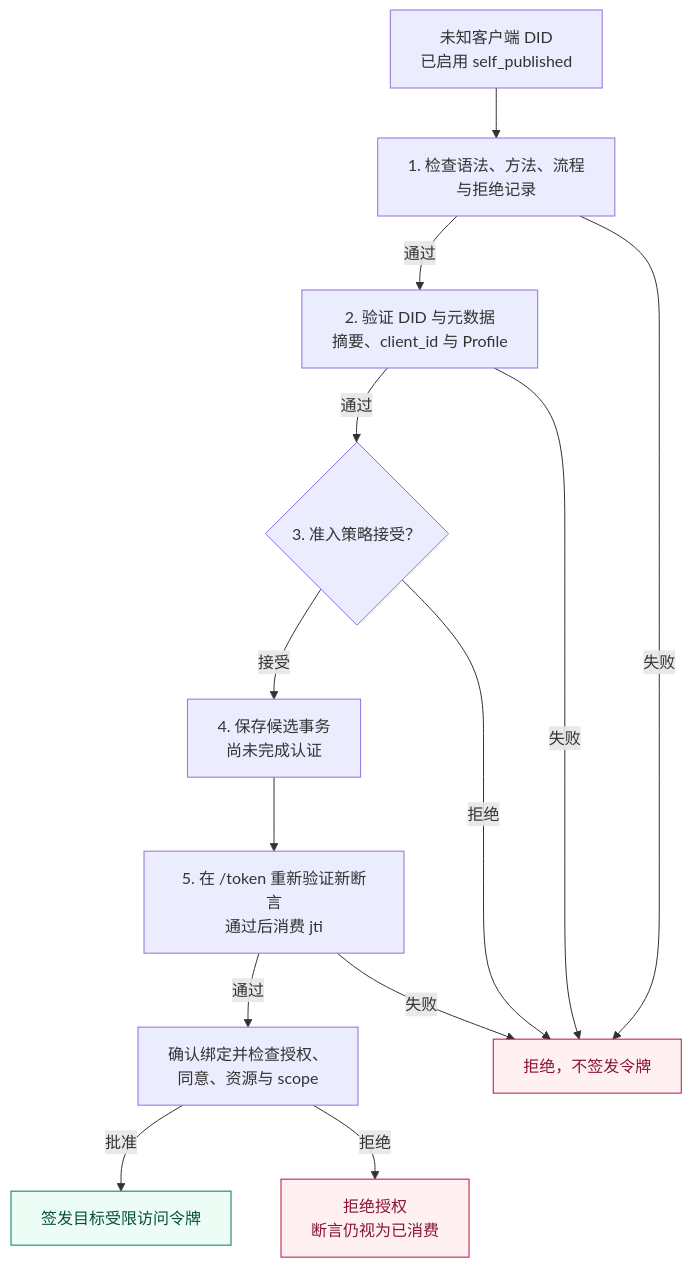
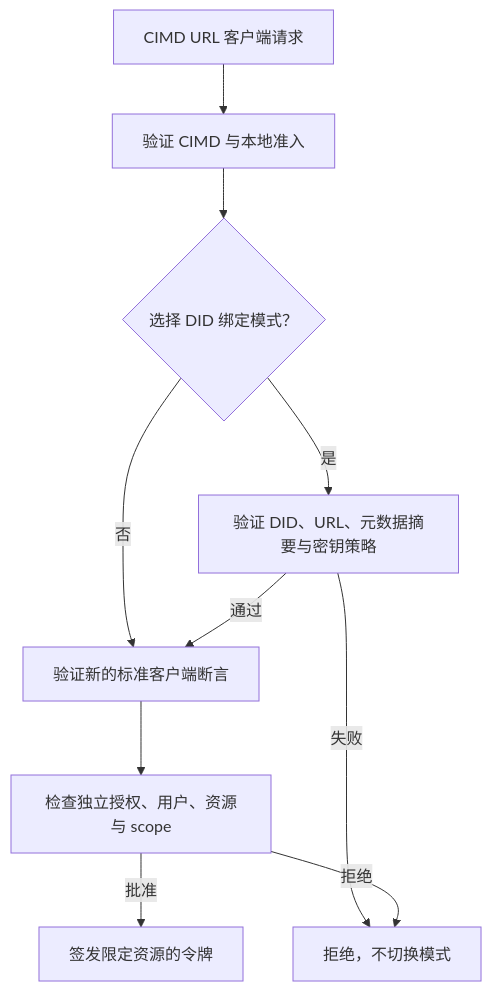
One commit to agent-network-protocol/AgentNetworkProtocol changed the third of 7 diagrams in chinese/05-ANP-基于DID的授权协议.md. Above: the diagram before and after it, drawn with Mermaid. The commit also changed other lines of this file and 12 other files, not shown here.

````diff
--- a/chinese/05-ANP-基于DID的授权协议.md
+++ b/chinese/05-ANP-基于DID的授权协议.md
@@ -254,29 +263,12 @@
 ```mermaid
 flowchart TD
-  Request["未知客户端 DID<br/>已启用 self_published"]
-  Precheck["1. 检查语法、方法、流程<br/>与拒绝记录"]
-  Discover["2. 验证 DID 与元数据<br/>摘要、client_id 与 Profile"]
-  Admission{"3. 准入策略接受？"}
-  Candidate["4. 保存候选事务<br/>尚未完成认证"]
-  Proof["5. 在 /token 重新验证新断言<br/>通过后消费 jti"]
-  Grant["确认绑定并检查授权、<br/>同意、资源与 scope"]
-  Issue["签发目标受限访问令牌"]
-  Reject["拒绝，不签发令牌"]
-  ConsumedReject["拒绝授权<br/>断言仍视为已消费"]
-  Request --> Precheck
-  Precheck -->|"通过"| Discover
-  Precheck -->|"失败"| Reject
-  Discover -->|"通过"| Admission
-  Discover -->|"失败"| Reject
-  Admission -->|"接受"| Candidate
-  Admission -->|"拒绝"| Reject
-  Candidate --> Proof
-  Proof -->|"通过"| Grant
-  Proof -->|"失败"| Reject
-  Grant -->|"批准"| Issue
-  Grant -->|"拒绝"| ConsumedReject
-  classDef reject fill:#fff1f2,stroke:#be123c,color:#881337
-  class Reject,ConsumedReject reject
-  classDef allow fill:#ecfdf5,stroke:#047857,color:#064e3b
-  class Issue allow
+  Request["CIMD URL 客户端请求"] --> Metadata["验证 CIMD 与本地准入"]
+  Metadata --> Mode{"选择 DID 绑定模式？"}
+  Mode -->|"是"| Binding["验证 DID、URL、元数据摘要与密钥策略"]
+  Mode -->|"否"| Proof["验证新的标准客户端断言"]
+  Binding -->|"通过"| Proof
+  Binding -->|"失败"| Reject["拒绝，不切换模式"]
+  Proof --> Grant["检查独立授权、用户、资源与 scope"]
+  Grant -->|"批准"| Token["签发限定资源的令牌"]
+  Grant -->|"拒绝"| Reject
 ```
````
